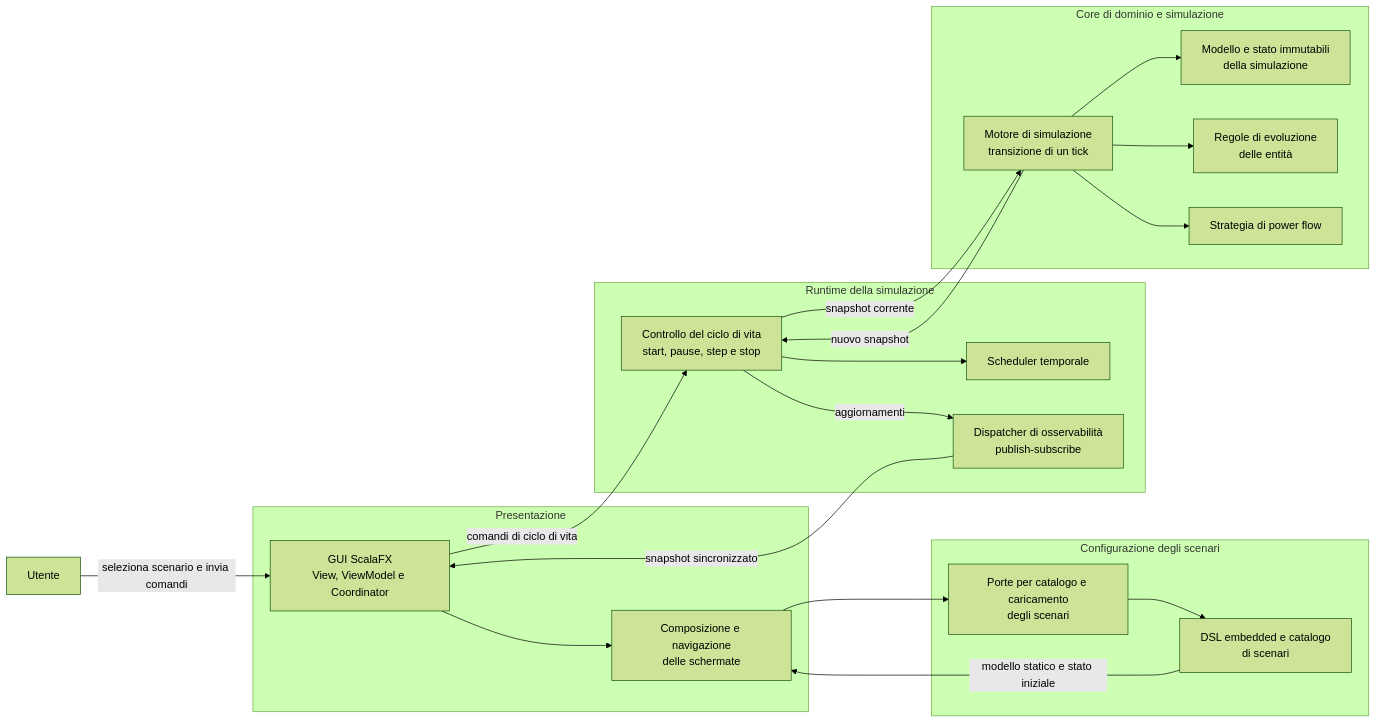
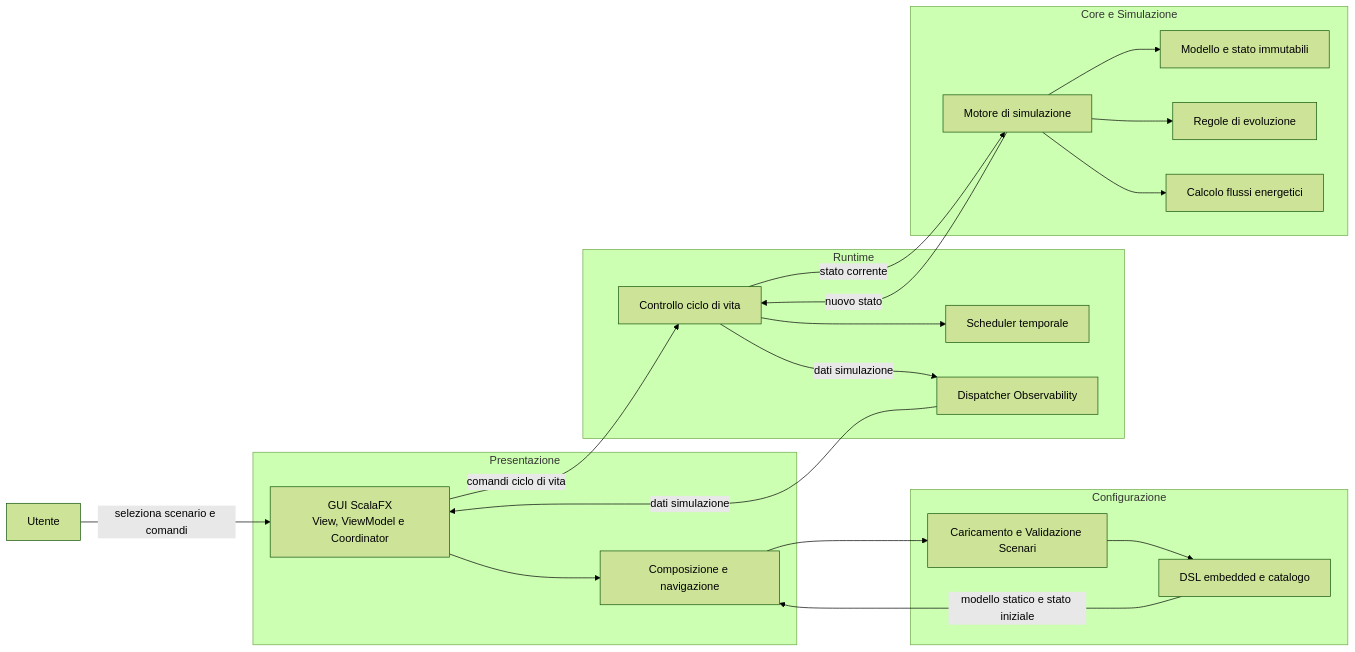
One commit to bambinim/GridSim changed the diagram in docs/04-architectural_design.md. Above: the diagram before and after it, drawn with Mermaid (forest theme). The commit also changed other lines of this file and 3 other files, not shown here.

````diff
--- a/docs/04-architectural_design.md
+++ b/docs/04-architectural_design.md
@@ -139,44 +35,44 @@
 ```mermaid
 flowchart LR
     User[Utente]
 
     subgraph Presentation[Presentazione]
         GUI[GUI ScalaFX<br/>View, ViewModel e Coordinator]
-        Navigation[Composizione e navigazione<br/>delle schermate]
+        Navigation[Composizione e navigazione]
     end
 
-    subgraph Configuration[Configurazione degli scenari]
-        ScenarioPorts[Porte per catalogo e caricamento<br/>degli scenari]
-        DSL[DSL embedded e catalogo<br/>di scenari]
+    subgraph Configuration[Configurazione]
+        ScenarioLoader[Caricamento e Validazione Scenari]
+        DSL[DSL embedded e catalogo]
     end
 
-    subgraph Runtime[Runtime della simulazione]
-        Controller[Controllo del ciclo di vita<br/>start, pause, step e stop]
+    subgraph Runtime[Runtime]
+        Controller[Controllo ciclo di vita]
         Scheduler[Scheduler temporale]
-        Dispatcher[Dispatcher di osservabilità<br/>publish-subscribe]
+        Dispatcher[Dispatcher Observability]
     end
 
-    subgraph Domain[Core di dominio e simulazione]
-        Model[Modello e stato immutabili<br/>della simulazione]
-        Engine[Motore di simulazione<br/>transizione di un tick]
-        Evolution[Regole di evoluzione<br/>delle entità]
-        Solver[Strategia di power flow]
+    subgraph Domain[Core e Simulazione]
+        Model[Modello e stato immutabili]
+        Engine[Motore di simulazione]
+        Evolution[Regole di evoluzione]
+        Solver[Calcolo flussi energetici]
     end
 
-    User -->|seleziona scenario e invia comandi| GUI
+    User -->|seleziona scenario e comandi| GUI
     GUI --> Navigation
-    Navigation --> ScenarioPorts
-    ScenarioPorts --> DSL
+    Navigation --> ScenarioLoader
+    ScenarioLoader --> DSL
     DSL -->|modello statico e stato iniziale| Navigation
 
-    GUI -->|comandi di ciclo di vita| Controller
+    GUI -->|comandi ciclo di vita| Controller
     Controller --> Scheduler
-    Controller -->|snapshot corrente| Engine
+    Controller -->|stato corrente| Engine
     Engine --> Model
     Engine --> Evolution
     Engine --> Solver
-    Engine -->|nuovo snapshot| Controller
+    Engine -->|nuovo stato| Controller
 
-    Controller -->|aggiornamenti| Dispatcher
-    Dispatcher -->|snapshot sincronizzato| GUI
+    Controller -->|dati simulazione| Dispatcher
+    Dispatcher -->|dati simulazione| GUI
 ```
````
